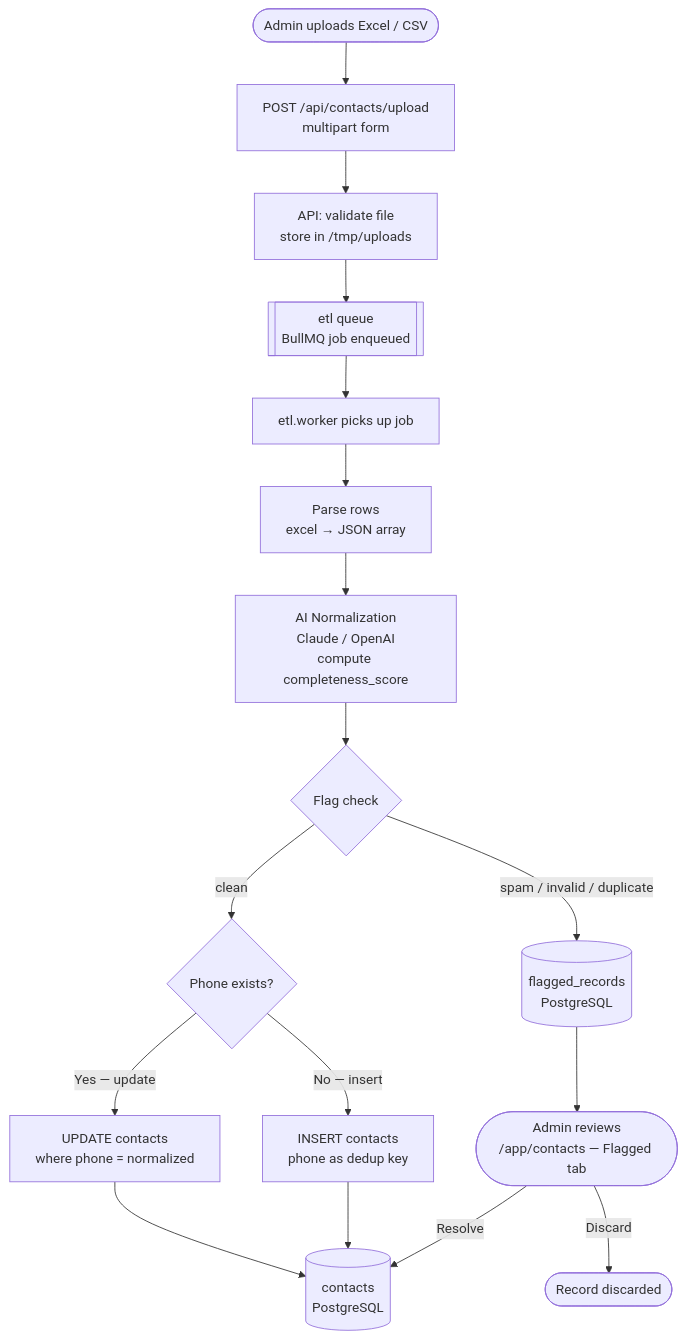
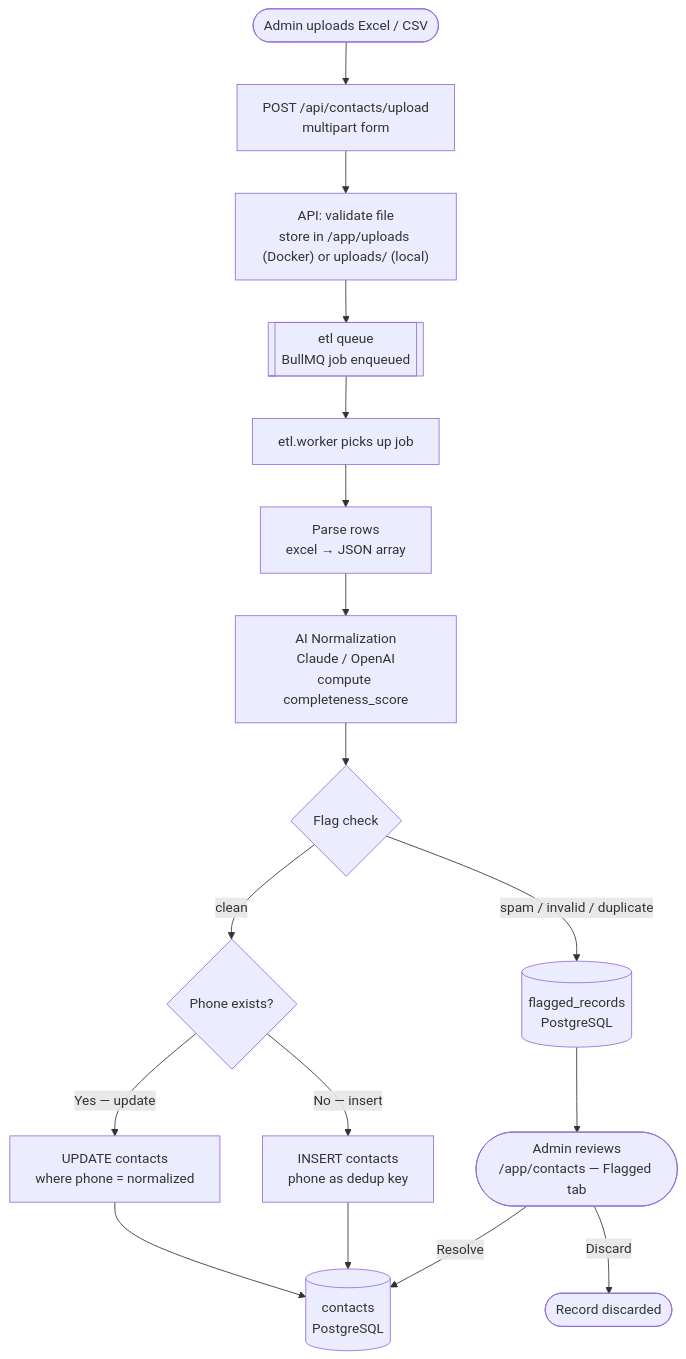
The fourth of 7 diagrams in docs/system-design.md (dhanifudin/yorindo), drawn with Mermaid before and after one commit. The commit also changed other lines of this file and 17 other files, not shown here.

Commit message:
refactor: update file storage paths from uploads_tmp to uploads for ETL process

````diff
--- a/docs/system-design.md
+++ b/docs/system-design.md
@@ -201,24 +201,24 @@
 ```mermaid
 flowchart TD
     A(["Admin uploads Excel / CSV"]) --> B["POST /api/contacts/upload\nmultipart form"]
-    B --> C["API: validate file\nstore in /tmp/uploads"]
+    B --> C["API: validate file\nstore in /app/uploads (Docker) or uploads/ (local)"]
     C --> D[["etl queue\nBullMQ job enqueued"]]
     D --> E["etl.worker picks up job"]
 
     E --> F["Parse rows\nexcel → JSON array"]
     F --> G["AI Normalization\nClaude / OpenAI\ncompute completeness_score"]
 
     G --> H{Flag check}
     H -->|"spam / invalid / duplicate"| I[("flagged_records\nPostgreSQL")]
     H -->|"clean"| J{Phone exists?}
 
     J -->|"Yes — update"| K["UPDATE contacts\nwhere phone = normalized"]
     J -->|"No — insert"| L["INSERT contacts\nphone as dedup key"]
 
     K --> M[("contacts\nPostgreSQL")]
     L --> M
 
     I --> N(["Admin reviews\n/app/contacts — Flagged tab"])
     N -->|"Resolve"| M
     N -->|"Discard"| O(["Record discarded"])
 ```
````
